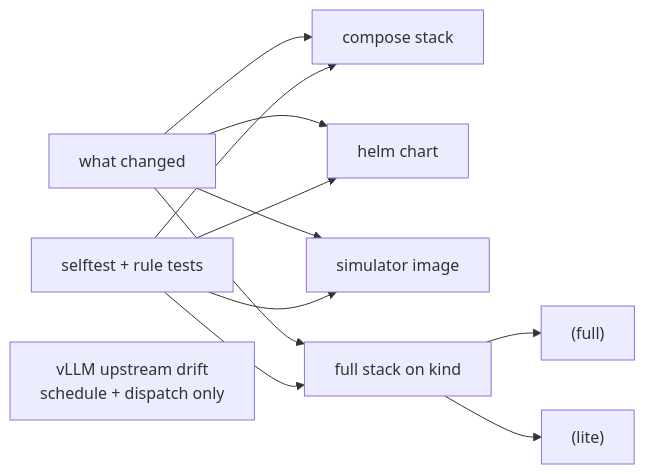
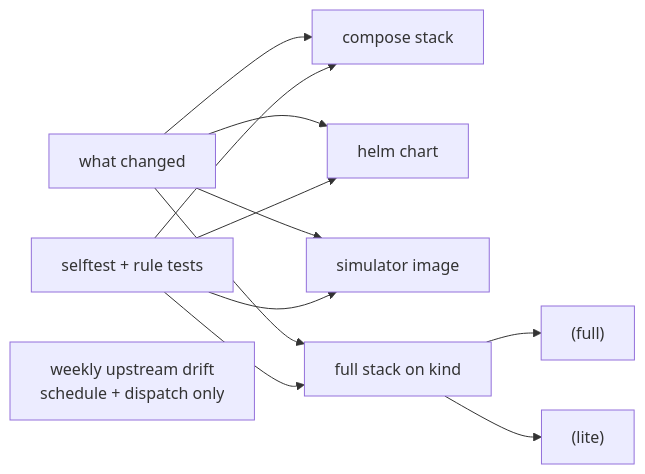
The diagram in docs/ci.md (ChrisAdkin8/k8s-ai-observability), drawn with Mermaid before and after one commit. The commit also changed other lines of this file and 6 other files, not shown here.

````diff
--- a/docs/ci.md
+++ b/docs/ci.md
@@ -22,14 +22,14 @@
 ```mermaid
 graph LR
   A["what changed"] --> C["compose stack"]
   A --> D["helm chart"]
   A --> E["simulator image"]
   A --> F["full stack on kind"]
   B["selftest + rule tests"] --> C
   B --> D
   B --> E
   B --> F
   F --> F1["(full)"]
   F --> F2["(lite)"]
-  G["vLLM upstream drift<br/>schedule + dispatch only"]
+  G["weekly upstream drift<br/>schedule + dispatch only"]
 ```
````
